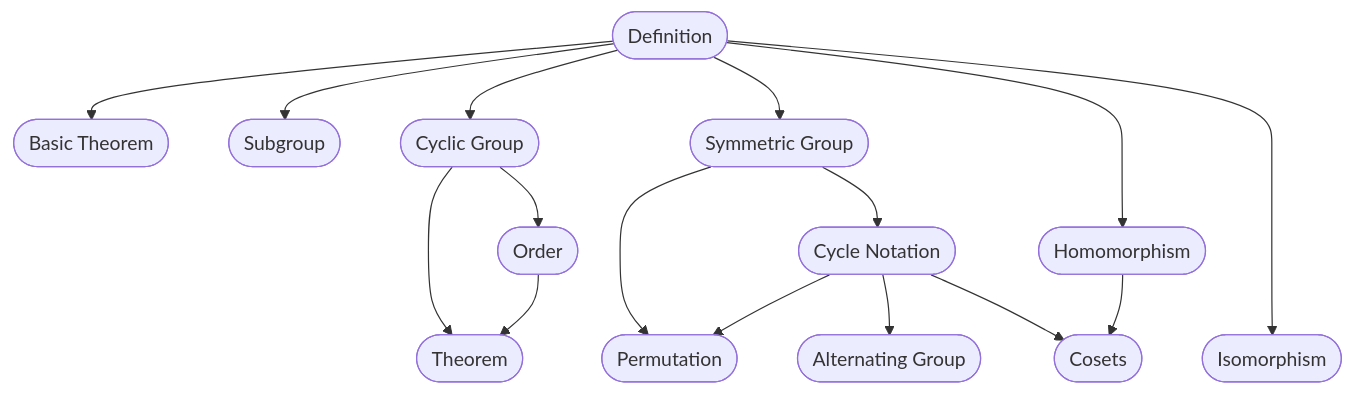
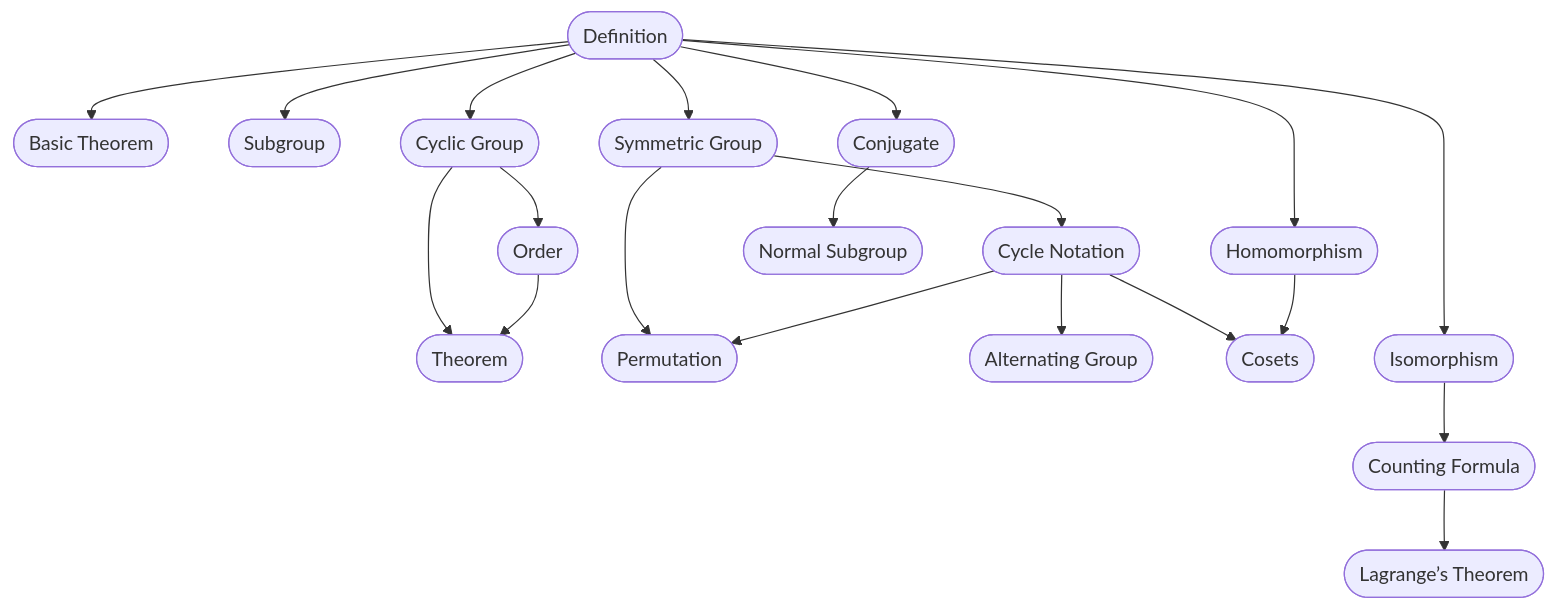
Before and after one commit to TangJingfan/ve203-notes: the eighth of 8 diagrams in rc_note/rc0/rc0.md, drawn with Mermaid. The commit also changed 1 other file, not shown here.

Commit message:
feat: rc0 finished

````diff
--- a/rc_note/rc0/rc0.md
+++ b/rc_note/rc0/rc0.md
@@ -201,31 +201,36 @@
 ```mermaid
     graph
     A(["Definition"])
     B(["Basic Theorem"])
     C(["Subgroup"])
     D(["Cyclic Group"])
     E(["Order"])
     F(["Theorem"])
     G(["Symmetric Group"])
     H(["Cycle Notation"])
     I(["Permutation"])
     J(["Alternating Group"])
     K(["Homomorphism"])
     L(["Cosets"])
     M(["Isomorphism"])
+    N(["Counting Formula"])
+    O(["Lagrange’s Theorem"])
+    P(["Conjugate"])
+    Q(["Normal Subgroup"])
     A --> B
     A --> C
     A --> D
     D --> E
     D --> F
     E --> F
     A --> G
     G --> H
     G --> I
     H --> I
     H --> J
     A --> K
     H --> L
     K --> L
-    A ----> M
+    A ----> M --> N --> O
+    A --> P --> Q
 ```
````
